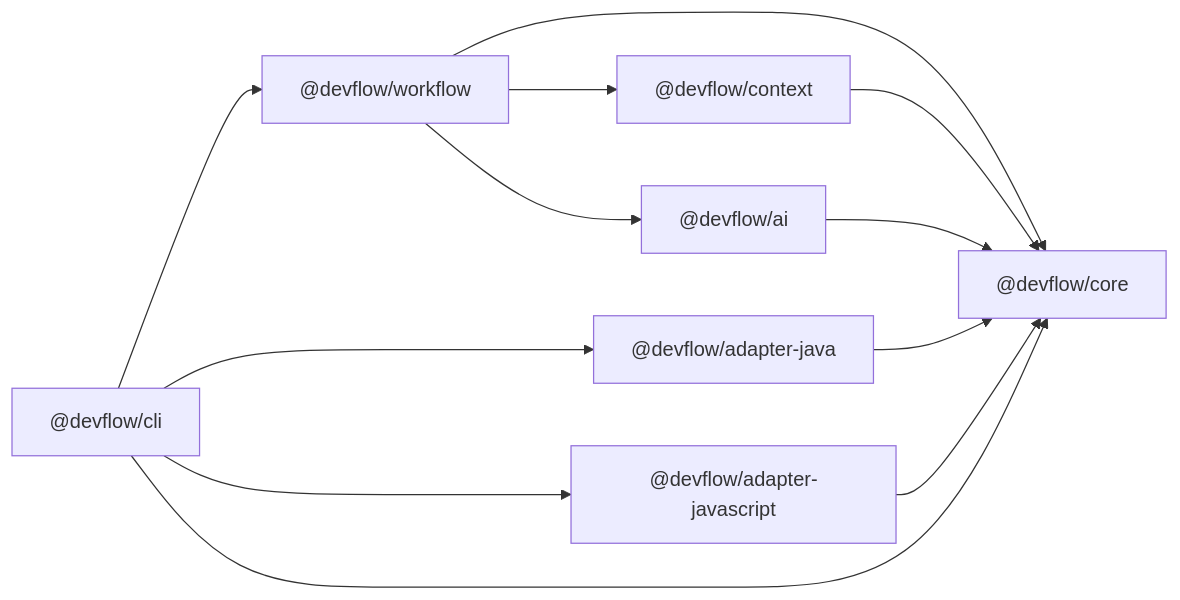
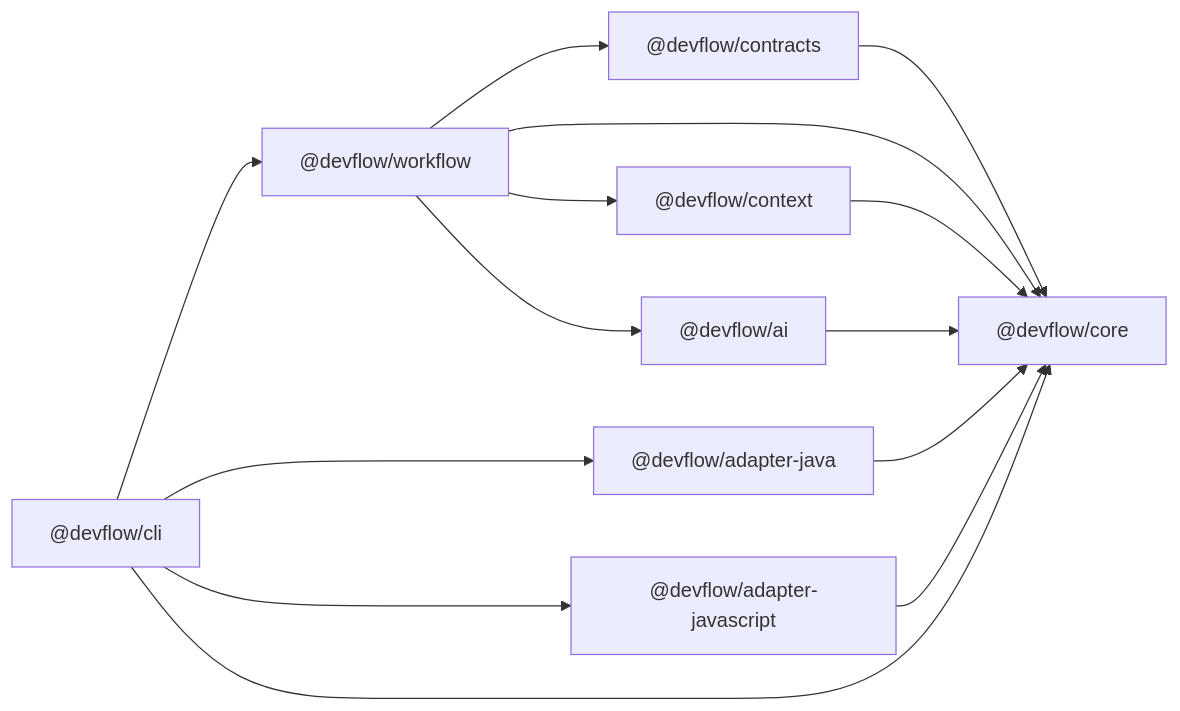
The diagram in docs/architecture/overview.md (mohamedyangui/DevFlow), drawn with Mermaid before and after one commit. The commit also changed other lines of this file and 48 other files, not shown here.

````diff
--- a/docs/architecture/overview.md
+++ b/docs/architecture/overview.md
@@ -37,14 +37,16 @@
 ```mermaid
 flowchart LR
   cli["@devflow/cli"] --> workflow["@devflow/workflow"]
   cli --> java["@devflow/adapter-java"]
   cli --> js["@devflow/adapter-javascript"]
   workflow --> context["@devflow/context"]
   workflow --> ai["@devflow/ai"]
+  workflow --> contracts["@devflow/contracts"]
+  contracts --> core
   workflow --> core["@devflow/core"]
   context --> core
   ai --> core
   java --> core
   js --> core
   cli --> core
 ```
````
